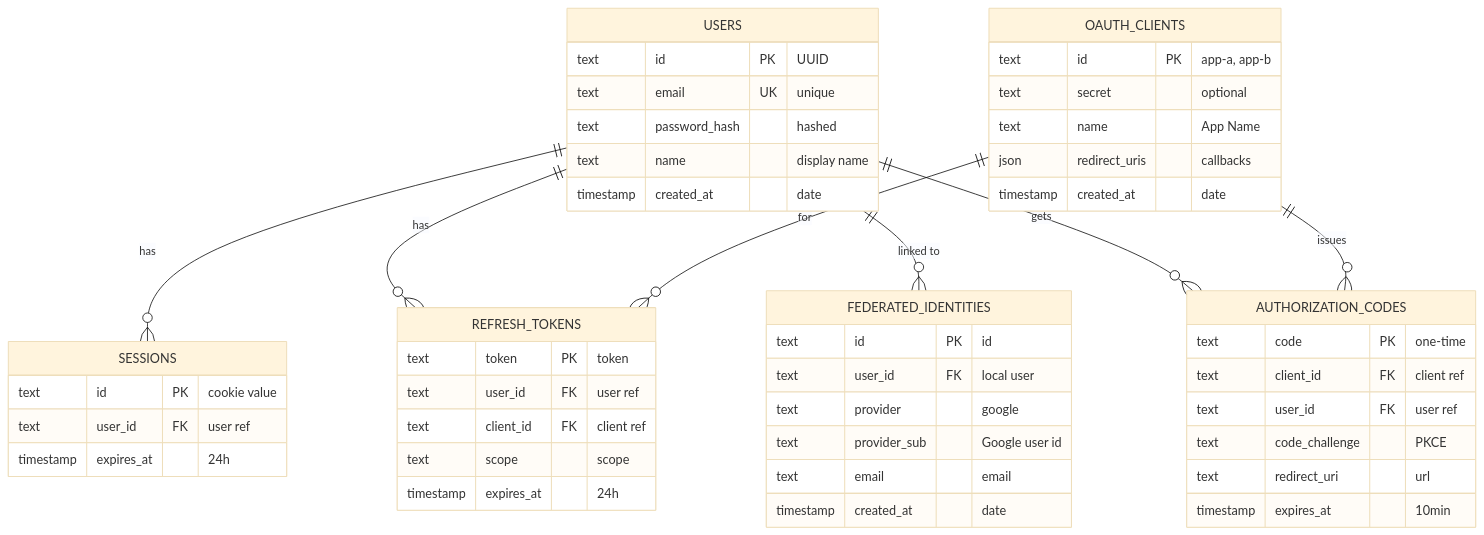
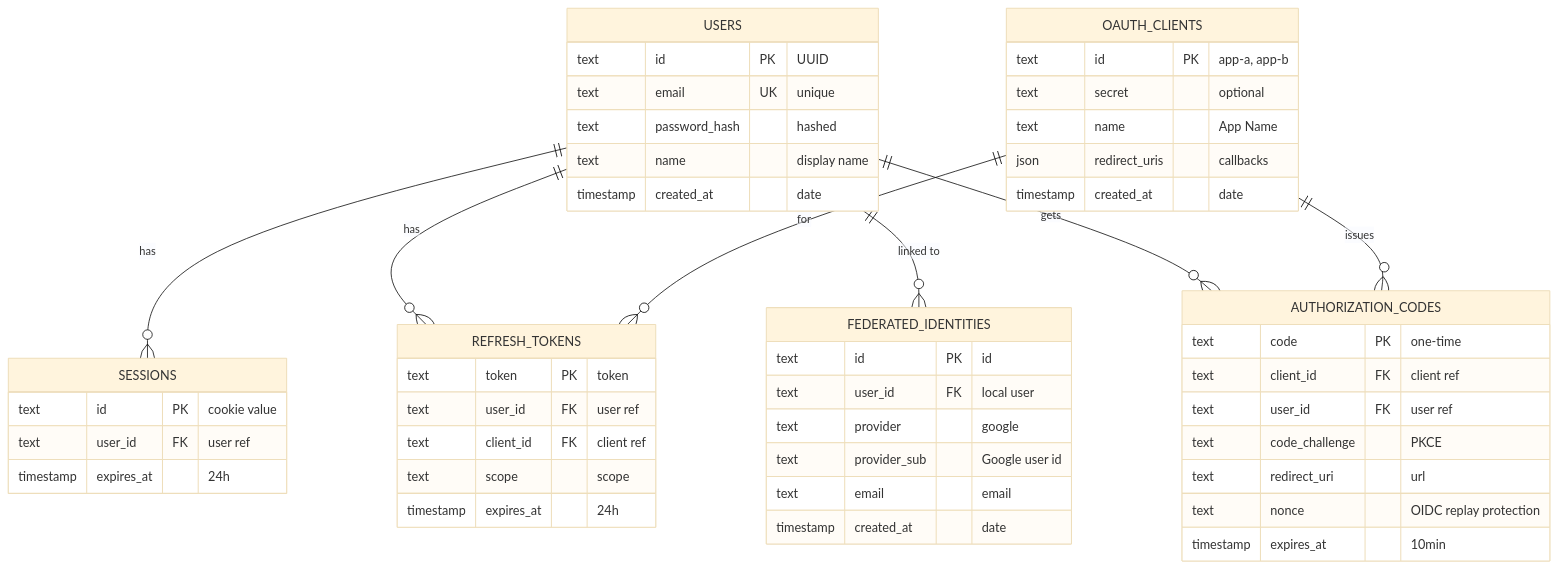
One commit to ioannis-psomadelis/sso-app changed the eighth of 12 diagrams in docs/diagrams/DIAGRAMS_MERMAID.md. Above: the diagram before and after it, drawn with Mermaid (base theme). The commit also changed other lines of this file and 27 other files, not shown here.

````diff
--- a/docs/diagrams/DIAGRAMS_MERMAID.md
+++ b/docs/diagrams/DIAGRAMS_MERMAID.md
@@ -299,57 +299,58 @@
 ```mermaid
 erDiagram
     USERS ||--o{ SESSIONS : "has"
     USERS ||--o{ REFRESH_TOKENS : "has"
     USERS ||--o{ FEDERATED_IDENTITIES : "linked to"
     USERS ||--o{ AUTHORIZATION_CODES : "gets"
     OAUTH_CLIENTS ||--o{ AUTHORIZATION_CODES : "issues"
     OAUTH_CLIENTS ||--o{ REFRESH_TOKENS : "for"
 
     USERS {
         text id PK "UUID"
         text email UK "unique"
         text password_hash "hashed"
         text name "display name"
         timestamp created_at "date"
     }
 
     OAUTH_CLIENTS {
         text id PK "app-a, app-b"
         text secret "optional"
         text name "App Name"
         json redirect_uris "callbacks"
         timestamp created_at "date"
     }
 
     SESSIONS {
         text id PK "cookie value"
         text user_id FK "user ref"
         timestamp expires_at "24h"
     }
 
     AUTHORIZATION_CODES {
         text code PK "one-time"
         text client_id FK "client ref"
         text user_id FK "user ref"
         text code_challenge "PKCE"
         text redirect_uri "url"
+        text nonce "OIDC replay protection"
         timestamp expires_at "10min"
     }
 
     REFRESH_TOKENS {
         text token PK "token"
         text user_id FK "user ref"
         text client_id FK "client ref"
         text scope "scope"
         timestamp expires_at "24h"
     }
 
     FEDERATED_IDENTITIES {
         text id PK "id"
         text user_id FK "local user"
         text provider "google"
         text provider_sub "Google user id"
         text email "email"
         timestamp created_at "date"
     }
 ```
````
